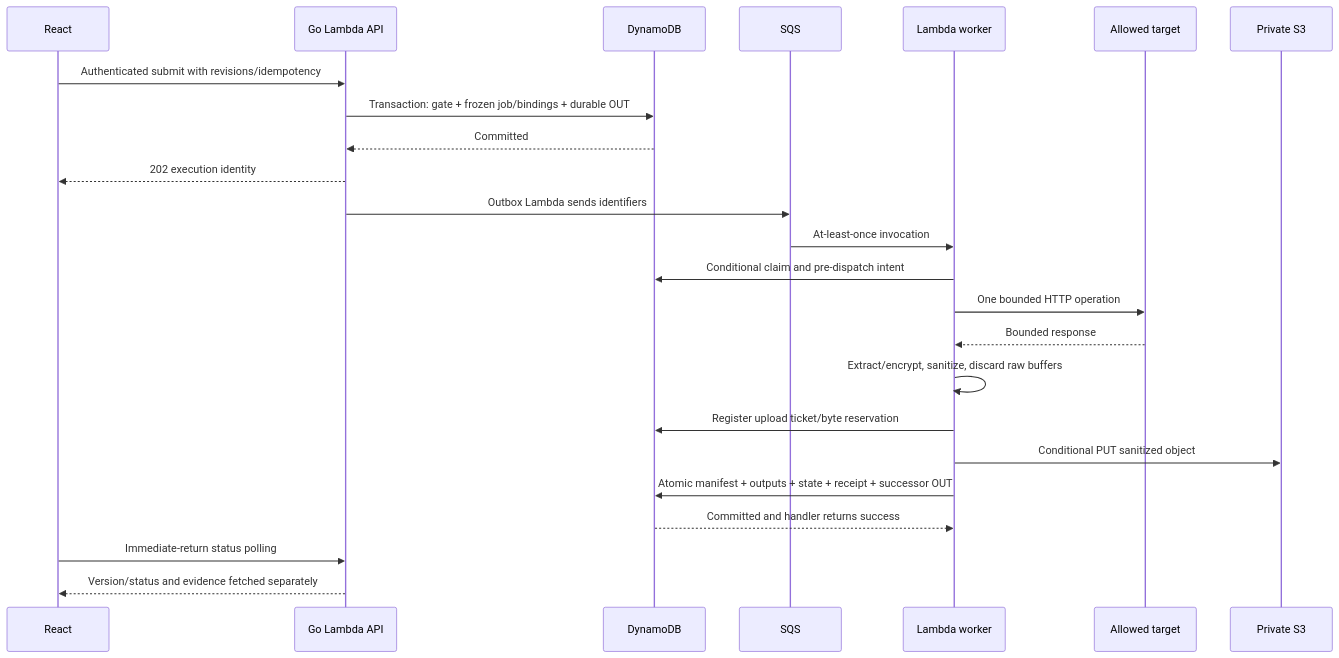
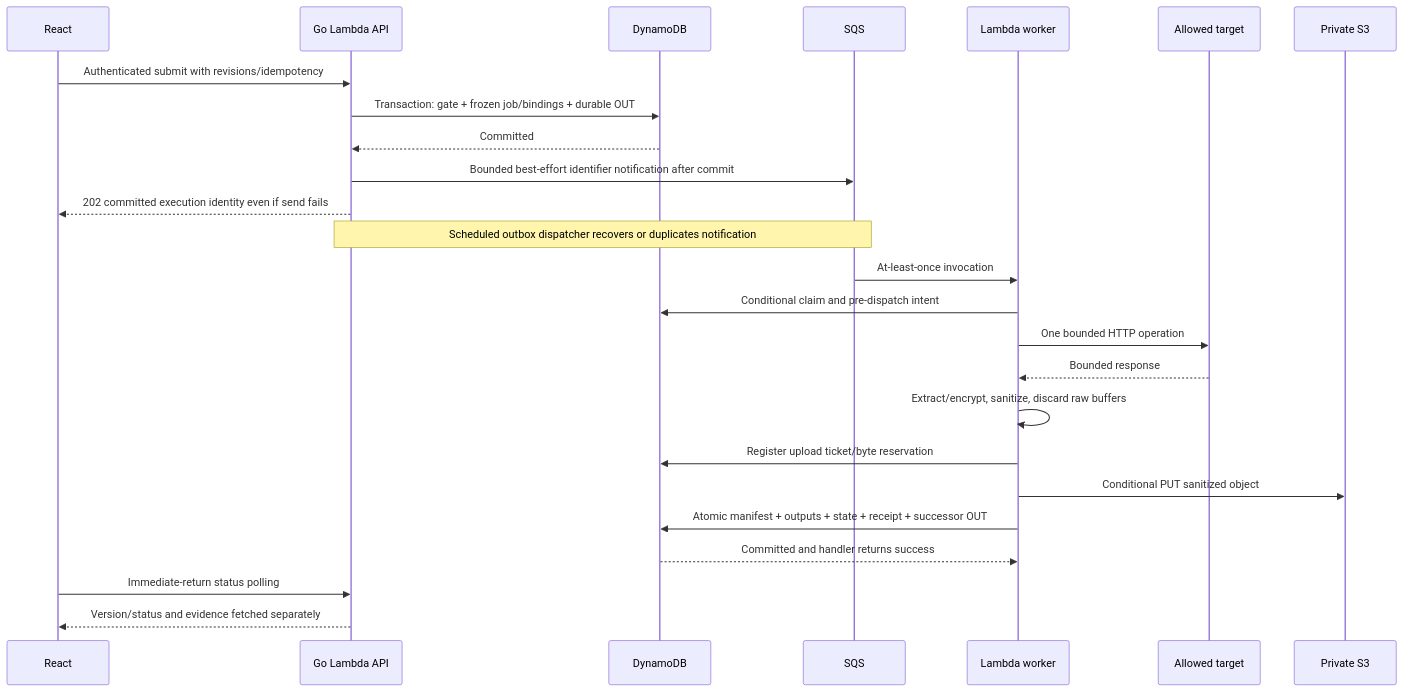
One commit to VioletProto/Kurier changed the second of 2 diagrams in docs/architecture/w1-system-design.md. Above: the diagram before and after it, drawn with Mermaid. The commit also changed other lines of this file and 4 other files, not shown here.

````diff
--- a/docs/architecture/w1-system-design.md
+++ b/docs/architecture/w1-system-design.md
@@ -162,26 +185,27 @@
 ```mermaid
 sequenceDiagram
   participant UI as React
   participant API as Go Lambda API
   participant DB as DynamoDB
   participant Q as SQS
   participant W as Lambda worker
   participant T as Allowed target
   participant S as Private S3
   UI->>API: Authenticated submit with revisions/idempotency
   API->>DB: Transaction: gate + frozen job/bindings + durable OUT
   DB-->>API: Committed
-  API-->>UI: 202 execution identity
-  API->>Q: Outbox Lambda sends identifiers
+  API->>Q: Bounded best-effort identifier notification after commit
+  API-->>UI: 202 committed execution identity even if send fails
+  Note over API,Q: Scheduled outbox dispatcher recovers or duplicates notification
   Q->>W: At-least-once invocation
   W->>DB: Conditional claim and pre-dispatch intent
   W->>T: One bounded HTTP operation
   T-->>W: Bounded response
   W->>W: Extract/encrypt, sanitize, discard raw buffers
   W->>DB: Register upload ticket/byte reservation
   W->>S: Conditional PUT sanitized object
   W->>DB: Atomic manifest + outputs + state + receipt + successor OUT
   DB-->>W: Committed and handler returns success
   UI->>API: Immediate-return status polling
   API-->>UI: Version/status and evidence fetched separately
 ```
````
